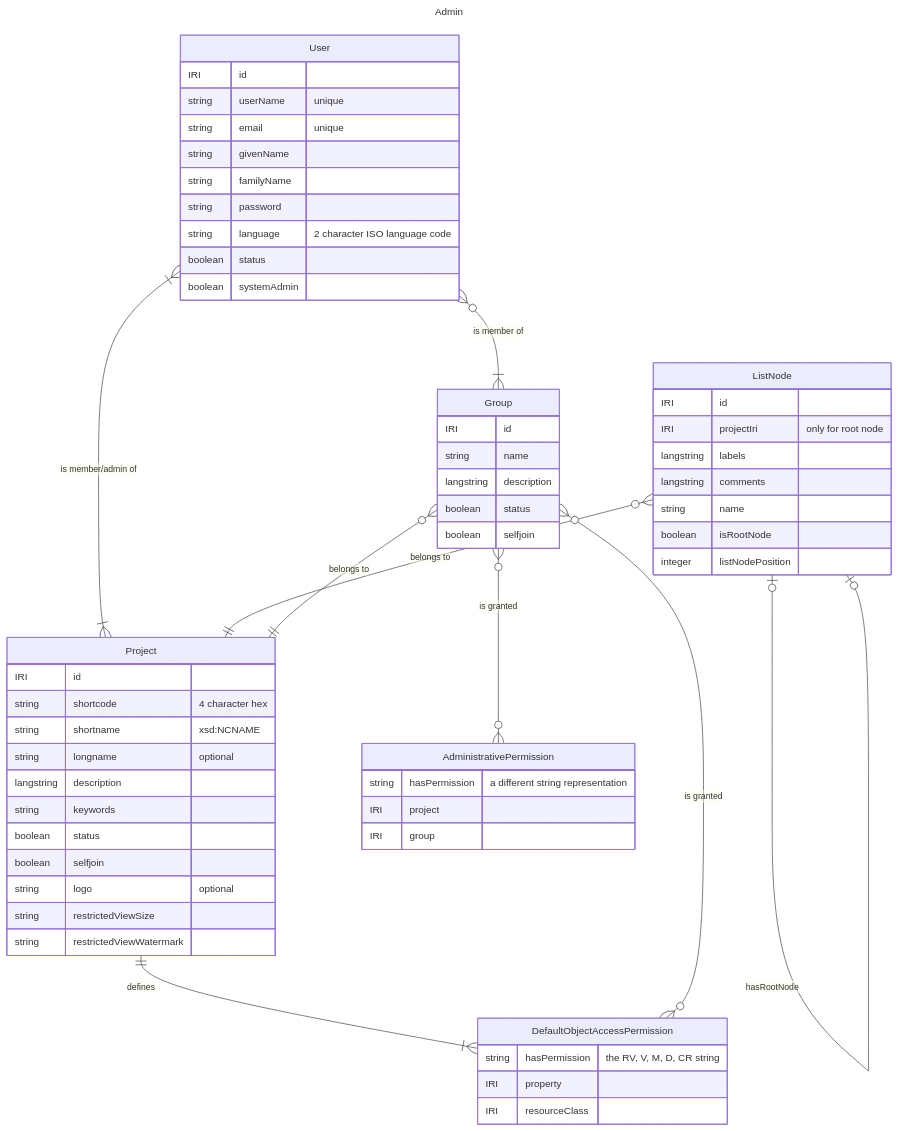
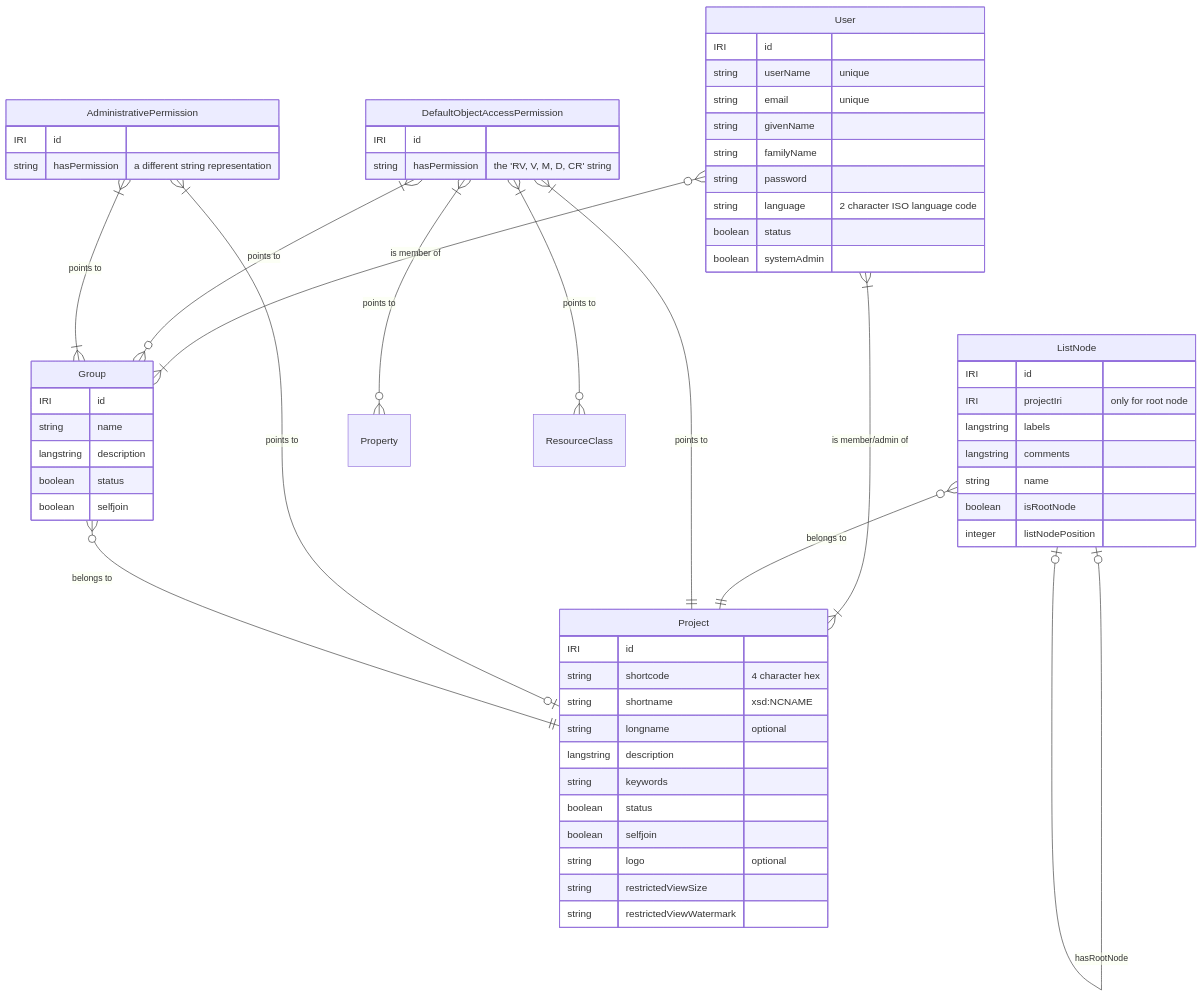
One commit to dasch-swiss/dsp-api changed the first of 4 diagrams in docs/05-internals/design/domain/domain-entities-and-relations.md. Above: the diagram before and after it, drawn with Mermaid. The commit also changed other lines of this file, not shown here.

````diff
--- a/docs/05-internals/design/domain/domain-entities-and-relations.md
+++ b/docs/05-internals/design/domain/domain-entities-and-relations.md
@@ -27,71 +28,68 @@
 ```mermaid
----
-title: Admin
----
 erDiagram
+    %% entities
     User {
         IRI id
         string userName "unique"
         string email "unique"
         string givenName
         string familyName
         string password
         string language "2 character ISO language code"
         boolean status
         boolean systemAdmin
     }
-
     Project {
         IRI id
         string shortcode "4 character hex"
         string shortname "xsd:NCNAME"
         string longname "optional"
         langstring description
         string keywords
         boolean status
         boolean selfjoin
         string logo "optional"
         string restrictedViewSize
         string restrictedViewWatermark
     }
-
     Group {
         IRI id
         string name
         langstring description
         boolean status
         boolean selfjoin
     }
-
     ListNode {
         IRI id
         IRI projectIri "only for root node"
         langstring labels
         langstring comments
         string name
         boolean isRootNode
         integer listNodePosition
     }
+    DefaultObjectAccessPermission {
+        IRI id
+        string hasPermission "the 'RV, V, M, D, CR' string"
+    }
+    AdministrativePermission {
+        IRI id
+        string hasPermission "a different string representation"
+    }
+    Property {}
+    ResourceClass {}
 
-    DefaultObjectAccessPermission {
-        string hasPermission "the RV, V, M, D, CR string"
-        IRI property
-        IRI resourceClass
-    }
-
-    AdministrativePermission {
-        string hasPermission "a different string representation"
-        IRI project
-        IRI group
-    }
-
+    %% relations
     User }|--|{ Project: "is member/admin of"
     User }o--|{ Group: "is member of"
     ListNode }o--|| Project: "belongs to"
     ListNode }o--o{ ListNode: "hasSubListNode"
     ListNode |o--o| ListNode: "hasRootNode"
-    Project ||--|{ DefaultObjectAccessPermission: defines
-    Group }o--o{ AdministrativePermission: "is granted"
-    Group }o--o{ DefaultObjectAccessPermission: "is granted"
+    DefaultObjectAccessPermission |{--|| Project: "points to"
+    DefaultObjectAccessPermission |{--o{ Group: "points to"
+    DefaultObjectAccessPermission |{--o{ Property: "points to"
+    DefaultObjectAccessPermission |{--o{ ResourceClass: "points to"
+    AdministrativePermission |{--o| Project: "points to"
+    AdministrativePermission |{--|{ Group: "points to"
     Group }o--|| Project: "belongs to"
 ```
````
